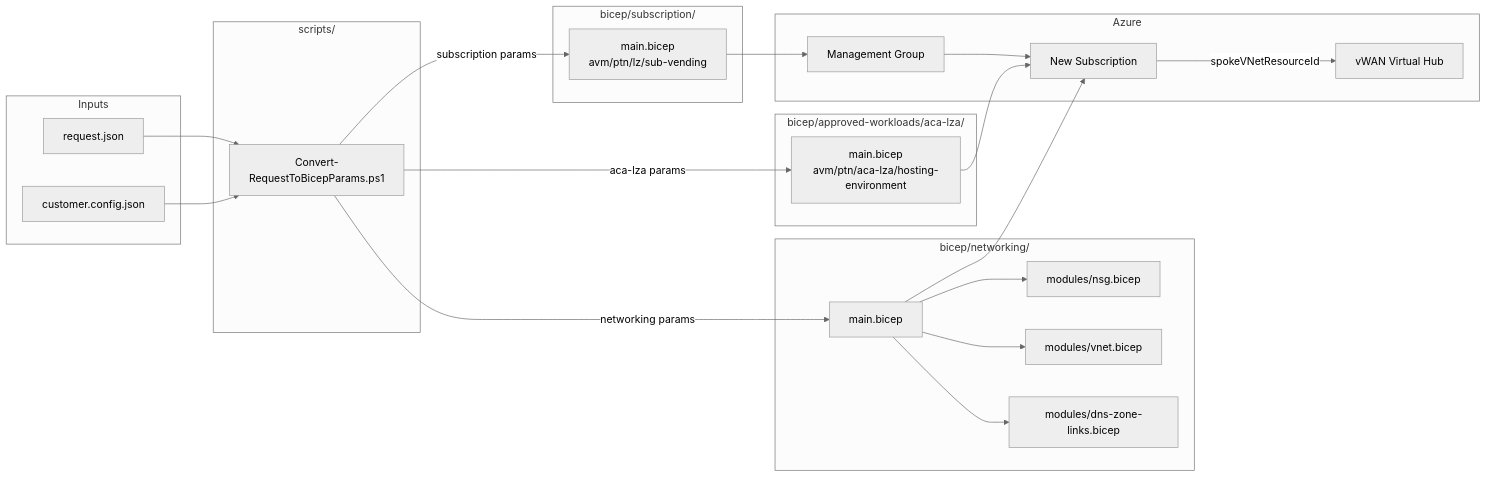
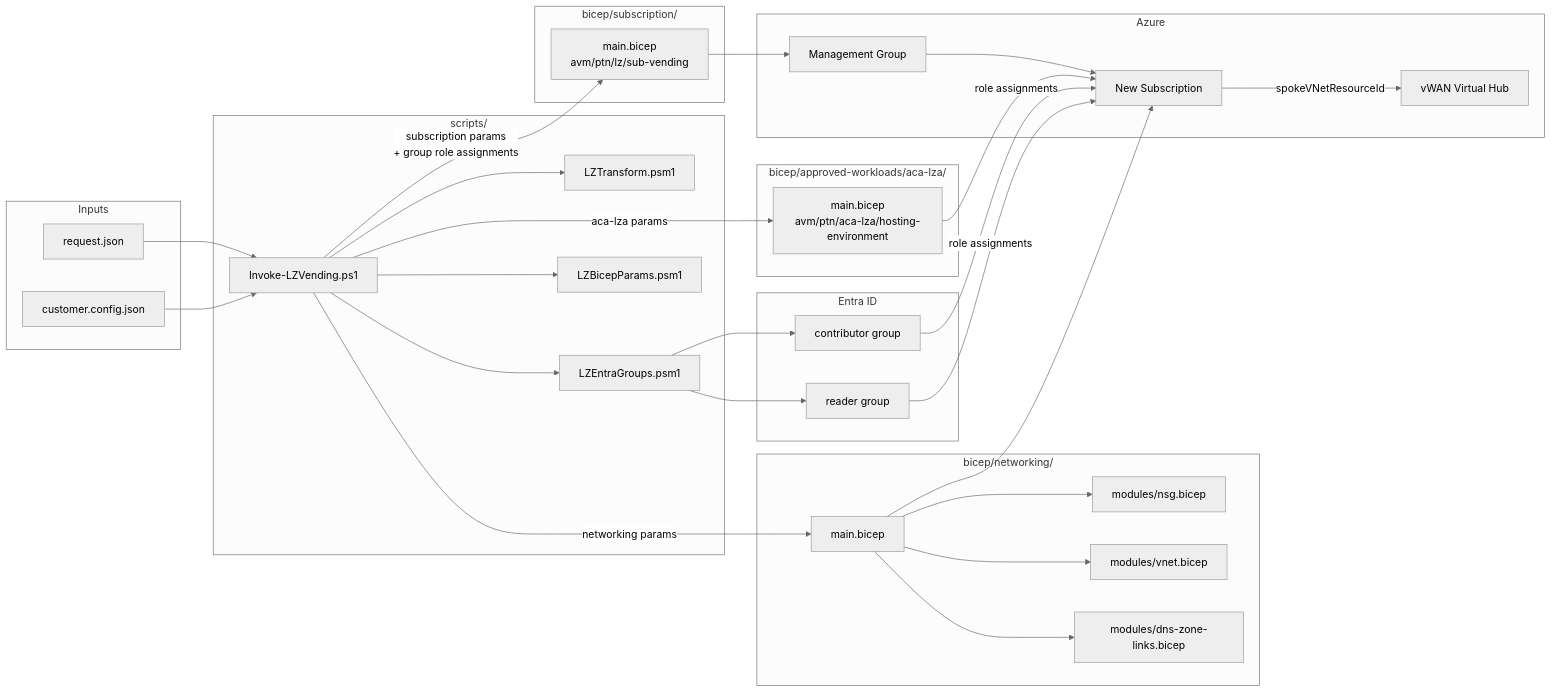
Before and after one commit to DXPetti/lzvendingplatform: the third of 3 diagrams in docs/ARCHITECTURE.md, drawn with Mermaid (neutral theme). The commit also changed other lines of this file and 8 other files, not shown here.

Commit message:
Architecture update to template applied RBAC configuration

````diff
--- a/docs/ARCHITECTURE.md
+++ b/docs/ARCHITECTURE.md
@@ -36,45 +71,56 @@
 ```mermaid
 flowchart LR
     subgraph Inputs
         REQ[request.json]
         CFG[customer.config.json]
     end
 
     subgraph scripts["scripts/"]
-        PS1[Convert-RequestToBicepParams.ps1]
+        INV[Invoke-LZVending.ps1]
+        TRN[LZTransform.psm1]
+        ENT[LZEntraGroups.psm1]
+        BCP[LZBicepParams.psm1]
+        INV --> TRN & ENT & BCP
     end
 
     subgraph bicep_sub["bicep/subscription/"]
         SUB[main.bicep\navm/ptn/lz/sub-vending]
     end
 
     subgraph bicep_net["bicep/networking/"]
         NET[main.bicep]
         NSG[modules/nsg.bicep]
         VNET[modules/vnet.bicep]
         DNS[modules/dns-zone-links.bicep]
         NET --> NSG & VNET & DNS
     end
 
     subgraph bicep_aw["bicep/approved-workloads/aca-lza/"]
         ACA[main.bicep\navm/ptn/aca-lza/hosting-environment]
     end
 
+    subgraph Entra["Entra ID"]
+        CG[contributor group]
+        RG[reader group]
+    end
+
     subgraph Azure
         MGMT[Management Group]
         NEWSUB[New Subscription]
         VHUB[vWAN Virtual Hub]
     end
 
-    REQ --> PS1
-    CFG --> PS1
+    REQ --> INV
+    CFG --> INV
 
-    PS1 -- subscription params --> SUB
-    PS1 -- networking params --> NET
-    PS1 -- aca-lza params --> ACA
+    INV -- subscription params\n+ group role assignments --> SUB
+    INV -- networking params --> NET
+    INV -- aca-lza params --> ACA
+    ENT --> CG & RG
 
     SUB --> MGMT --> NEWSUB
     NET --> NEWSUB
     ACA --> NEWSUB
+    CG & RG -- role assignments --> NEWSUB
     NEWSUB -- spokeVNetResourceId --> VHUB
 ```
````
